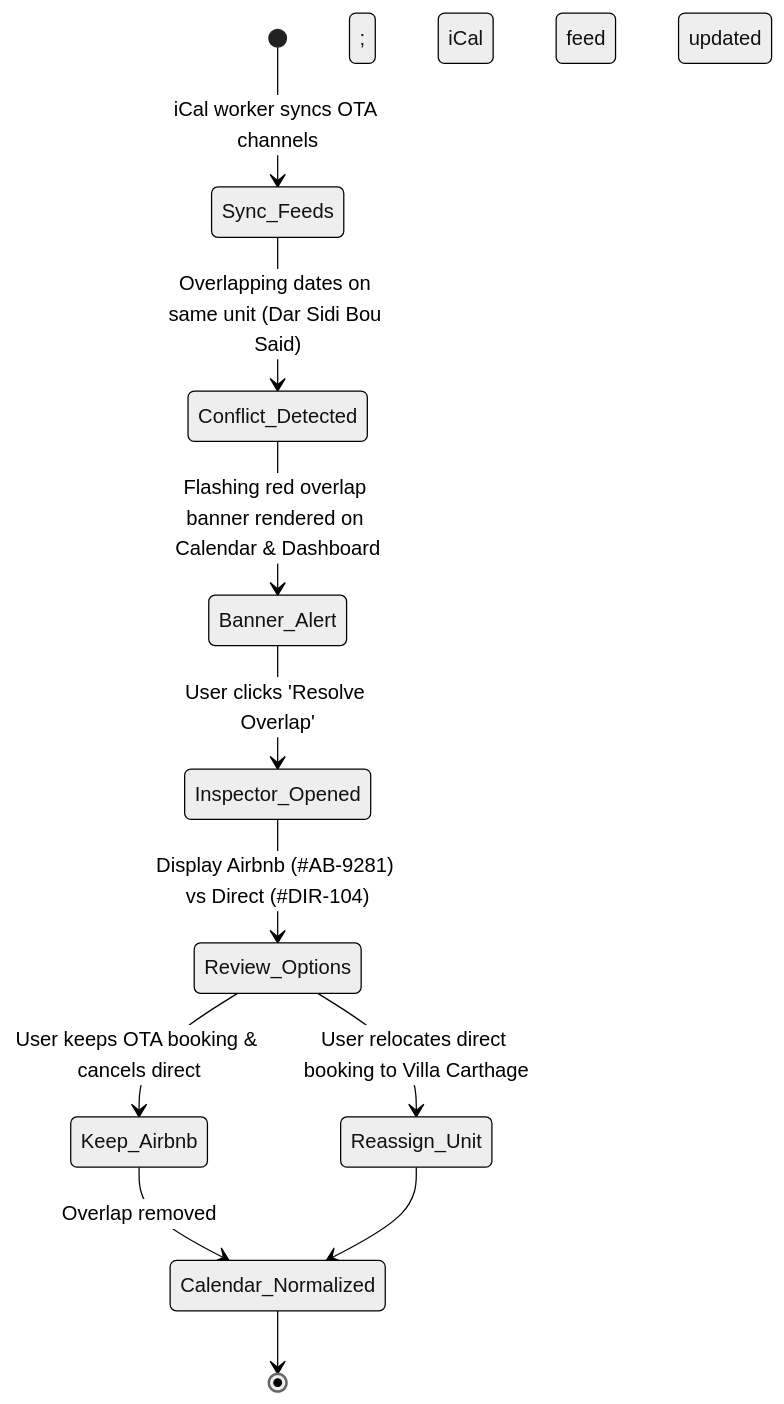
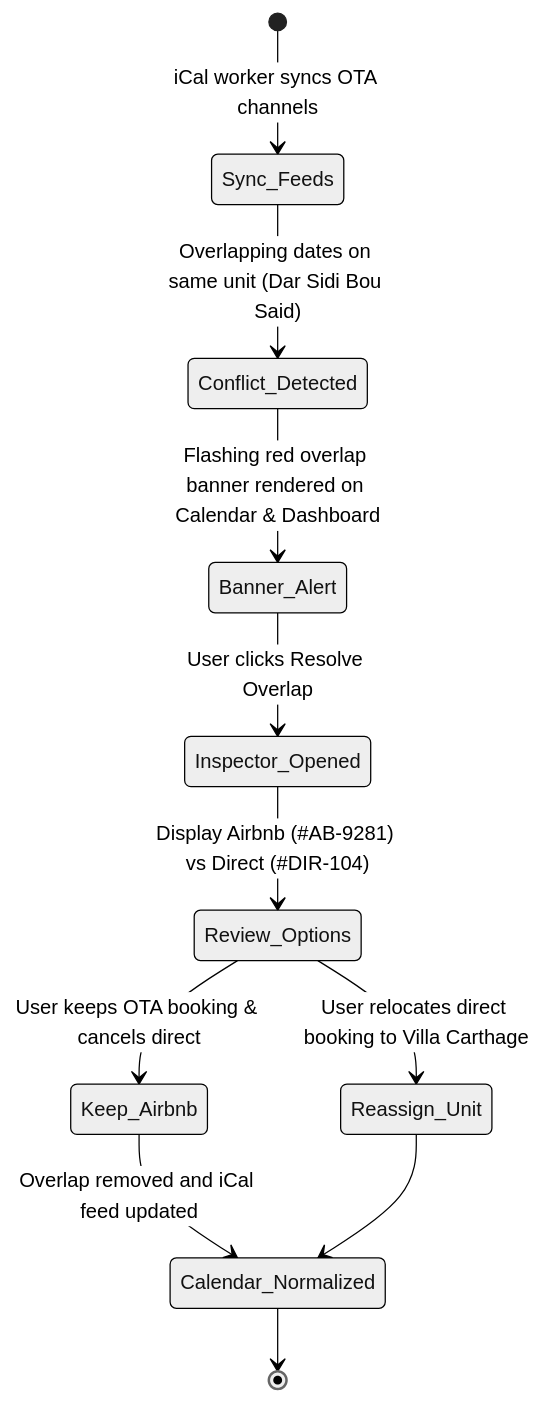
The second of 3 diagrams in docs/academic/18_ui_ux_prototype_and_interaction_specification.md (RaziJemni/stage), drawn with Mermaid (neutral theme) before and after one commit. The commit also changed other lines of this file and 14 other files, not shown here.

First line of the commit message:
docs: resolve diagram overflows, Mermaid syntax error, and finalize checklists

````diff
--- a/docs/academic/18_ui_ux_prototype_and_interaction_specification.md
+++ b/docs/academic/18_ui_ux_prototype_and_interaction_specification.md
@@ -475,13 +475,13 @@
 ```mermaid
 stateDiagram-v2
     [*] --> Sync_Feeds: iCal worker syncs OTA channels
     Sync_Feeds --> Conflict_Detected: Overlapping dates on same unit (Dar Sidi Bou Said)
     Conflict_Detected --> Banner_Alert: Flashing red overlap banner rendered on Calendar & Dashboard
-    Banner_Alert --> Inspector_Opened: User clicks 'Resolve Overlap'
+    Banner_Alert --> Inspector_Opened: User clicks Resolve Overlap
     Inspector_Opened --> Review_Options: Display Airbnb (#AB-9281) vs Direct (#DIR-104)
     Review_Options --> Keep_Airbnb: User keeps OTA booking & cancels direct
     Review_Options --> Reassign_Unit: User relocates direct booking to Villa Carthage
-    Keep_Airbnb --> Calendar_Normalized: Overlap removed; iCal feed updated
+    Keep_Airbnb --> Calendar_Normalized: Overlap removed and iCal feed updated
     Reassign_Unit --> Calendar_Normalized
     Calendar_Normalized --> [*]
 ```
````
